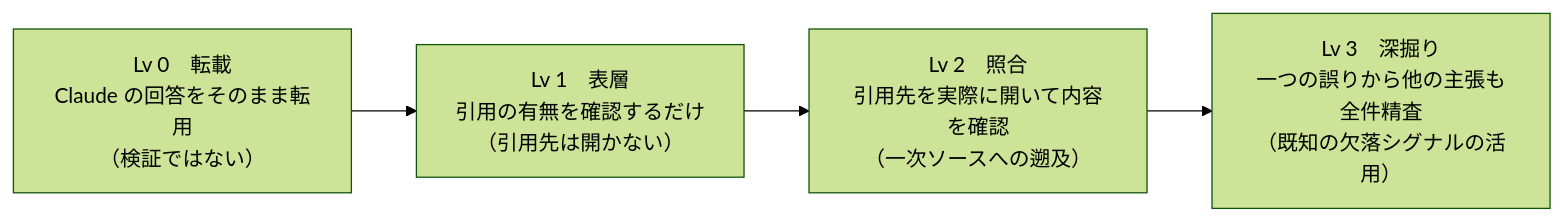
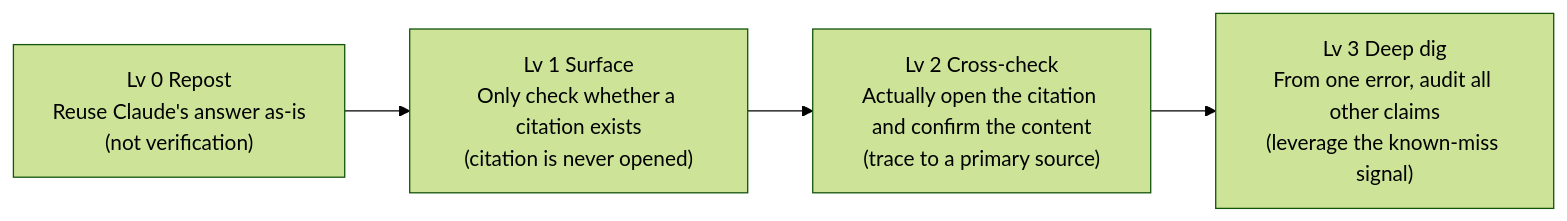
One commit to AbdullahMufti/ccao-f-guide changed the third of 19 diagrams in guide.md. Above: the diagram before and after it, drawn with Mermaid (forest theme). The commit also changed other lines of this file and 3 other files, not shown here.

````diff
--- a/guide.md
+++ b/guide.md
@@ -273,8 +273,8 @@
 ```mermaid
 flowchart LR
-    L0["Lv 0　転載<br/>Claude の回答をそのまま転用<br/>（検証ではない）"]
-    L1["Lv 1　表層<br/>引用の有無を確認するだけ<br/>（引用先は開かない）"]
-    L2["Lv 2　照合<br/>引用先を実際に開いて内容を確認<br/>（一次ソースへの遡及）"]
-    L3["Lv 3　深掘り<br/>一つの誤りから他の主張も全件精査<br/>（既知の欠落シグナルの活用）"]
+    L0["Lv 0 Repost<br/>Reuse Claude's answer as-is<br/>(not verification)"]
+    L1["Lv 1 Surface<br/>Only check whether a citation exists<br/>(citation is never opened)"]
+    L2["Lv 2 Cross-check<br/>Actually open the citation and confirm the content<br/>(trace to a primary source)"]
+    L3["Lv 3 Deep dig<br/>From one error, audit all other claims<br/>(leverage the known-miss signal)"]
     L0 --> L1 --> L2 --> L3
 ```
````
